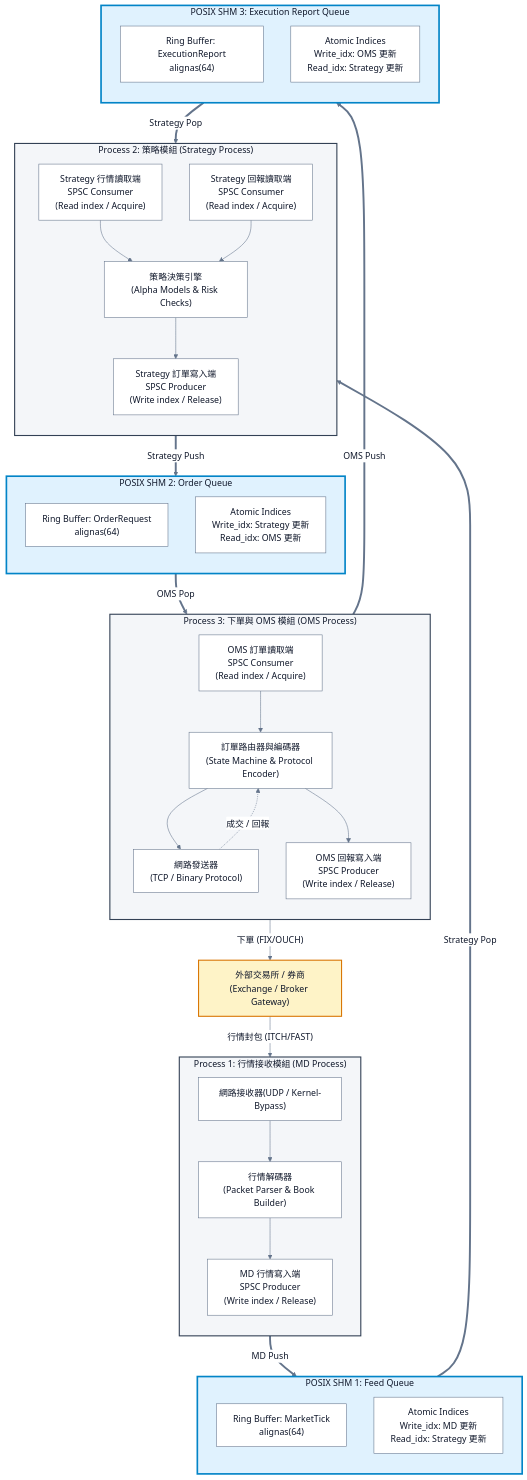
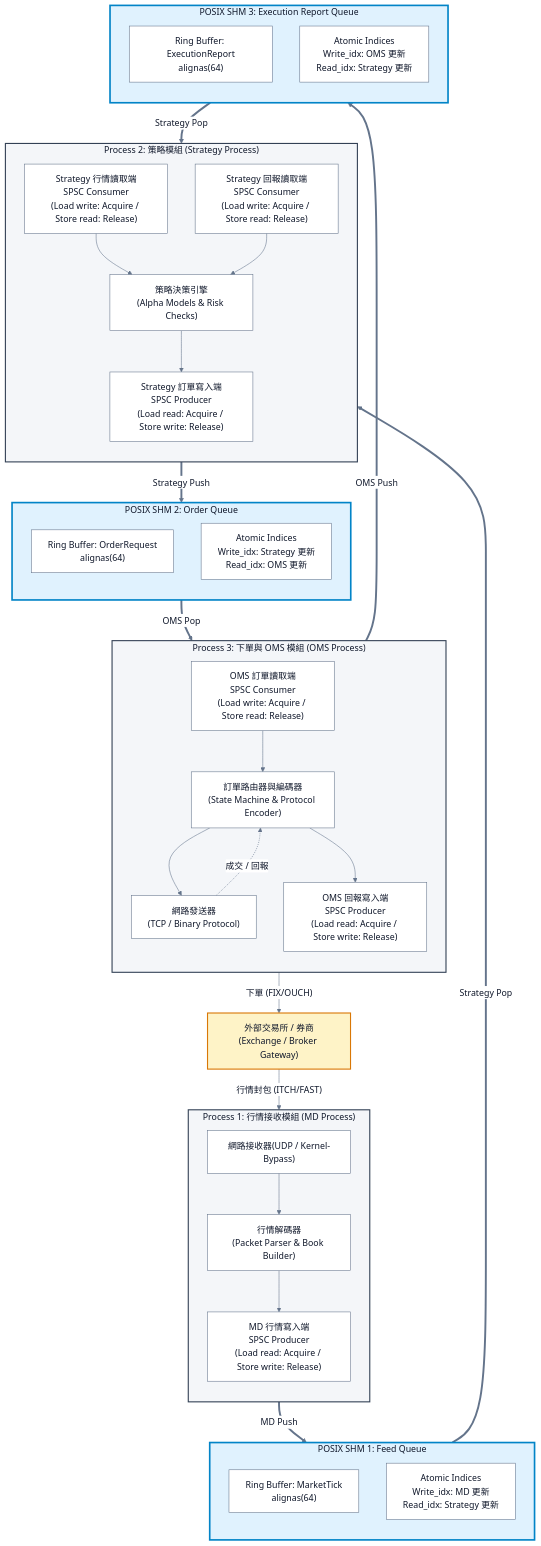
One commit to Deholay/quant-architecture changed the diagram in Architecture.md. Above: the diagram before and after it, drawn with Mermaid. The commit also changed other lines of this file and 12 other files, not shown here.

````diff
--- a/Architecture.md
+++ b/Architecture.md
@@ -36,75 +51,75 @@
 ```mermaid
 %%{init: {"theme": "base", "themeVariables": {"primaryColor": "#ffffff", "primaryTextColor": "#0f172a", "primaryBorderColor": "#64748b", "secondaryColor": "#f4f6f9", "secondaryTextColor": "#0f172a", "tertiaryColor": "#e0f2fe", "tertiaryTextColor": "#0f172a", "textColor": "#0f172a", "lineColor": "#64748b", "edgeLabelBackground": "#ffffff", "clusterBkg": "#f4f6f9", "clusterBorder": "#334155", "titleColor": "#0f172a"}, "themeCSS": ".edgeLabel, .edgeLabel p, .cluster-label text, .cluster-label span { color: #0f172a !important; fill: #0f172a !important; } .cluster-label text, .cluster-label span, .cluster-label p { font-size: 22px !important; font-weight: 700 !important; }"}}%%
 flowchart TB
 
 %% External Nodes
 Exchange["外部交易所 / 券商(Exchange / Broker Gateway)"]
 
 %% Process Subgraphs
 subgraph MD_PROC ["Process 1: 行情接收模組 (MD Process)"]
     direction TB
     MD_Net["網路接收器(UDP / Kernel-Bypass)"]
     MD_Parser["行情解碼器<br/>(Packet Parser & Book Builder)"]
-    MD_Writer["MD 行情寫入端<br/>SPSC Producer<br/>(Write index / Release)"]
+    MD_Writer["MD 行情寫入端<br/>SPSC Producer<br/>(Load read: Acquire / Store write: Release)"]
     MD_Net --> MD_Parser --> MD_Writer
 end
 subgraph ST_PROC ["Process 2: 策略模組 (Strategy Process)"]
     direction TB
-    ST_MD_Reader["Strategy 行情讀取端<br/>SPSC Consumer<br/>(Read index / Acquire)"]
-    ST_Exec_Reader["Strategy 回報讀取端<br/>SPSC Consumer<br/>(Read index / Acquire)"]
+    ST_MD_Reader["Strategy 行情讀取端<br/>SPSC Consumer<br/>(Load write: Acquire / Store read: Release)"]
+    ST_Exec_Reader["Strategy 回報讀取端<br/>SPSC Consumer<br/>(Load write: Acquire / Store read: Release)"]
     ST_Engine["策略決策引擎<br/>(Alpha Models & Risk Checks)"]
-    ST_Order_Writer["Strategy 訂單寫入端<br/>SPSC Producer<br/>(Write index / Release)"]
+    ST_Order_Writer["Strategy 訂單寫入端<br/>SPSC Producer<br/>(Load read: Acquire / Store write: Release)"]
     ST_MD_Reader --> ST_Engine
     ST_Exec_Reader --> ST_Engine
     ST_Engine --> ST_Order_Writer
 end
 subgraph OMS_PROC ["Process 3: 下單與 OMS 模組 (OMS Process)"]
     direction TB
-    OMS_Order_Reader["OMS 訂單讀取端<br/>SPSC Consumer<br/>(Read index / Acquire)"]
+    OMS_Order_Reader["OMS 訂單讀取端<br/>SPSC Consumer<br/>(Load write: Acquire / Store read: Release)"]
     OMS_Router["訂單路由器與編碼器<br/>(State Machine & Protocol Encoder)"]
-    OMS_Exec_Writer["OMS 回報寫入端<br/>SPSC Producer<br/>(Write index / Release)"]
+    OMS_Exec_Writer["OMS 回報寫入端<br/>SPSC Producer<br/>(Load read: Acquire / Store write: Release)"]
     OMS_Net["網路發送器<br/>(TCP / Binary Protocol)"]
     OMS_Order_Reader --> OMS_Router
     OMS_Router --> OMS_Net
     OMS_Net -. 成交 / 回報 .-> OMS_Router
     OMS_Router --> OMS_Exec_Writer
 end
 
 %% Independent POSIX shared-memory channels (/dev/shm)
 
 subgraph SHM1 ["POSIX SHM 1: Feed Queue"]
     direction TB
     Q1_Data["Ring Buffer: MarketTick<br/>alignas(64)"]
     Q1_Idx["Atomic Indices<br/>Write_idx: MD 更新<br/>Read_idx: Strategy 更新"]
 end
 
 subgraph SHM2 ["POSIX SHM 2: Order Queue"]
     direction TB
     Q2_Data["Ring Buffer: OrderRequest<br/>alignas(64)"]
     Q2_Idx["Atomic Indices<br/>Write_idx: Strategy 更新<br/>Read_idx: OMS 更新"]
 end
 
 subgraph SHM3 ["POSIX SHM 3: Execution Report Queue"]
     direction TB
     Q3_Data["Ring Buffer: ExecutionReport<br/>alignas(64)"]
     Q3_Idx["Atomic Indices<br/>Write_idx: OMS 更新<br/>Read_idx: Strategy 更新"]
 end
 
 %% External Connections
 Exchange -- "行情封包 (ITCH/FAST)" --> MD_Net
 OMS_Net -- "下單 (FIX/OUCH)" --> Exchange
 
 %% Inter-process SHM SPSC Data Flows
 MD_Writer ==>|MD Push| SHM1 ==>|Strategy Pop| ST_MD_Reader
 ST_Order_Writer ==>|Strategy Push| SHM2 ==>|OMS Pop| OMS_Order_Reader
 OMS_Exec_Writer ==>|OMS Push| SHM3 ==>|Strategy Pop| ST_Exec_Reader
 
 %% Class Styling
 classDef default fill:#ffffff,stroke:#64748b,color:#0f172a;
 classDef proc color:#0f172a,fill:#f4f6f9,stroke:#334155,stroke-width:2px;
 classDef shm color:#0f172a,fill:#e0f2fe,stroke:#0284c7,stroke-width:3px;
 classDef ext color:#0f172a,fill:#fef3c7,stroke:#d97706,stroke-width:2px;
 class MD_PROC,ST_PROC,OMS_PROC proc;
 class SHM1,SHM2,SHM3 shm;
 class Exchange ext;
 ```
````
